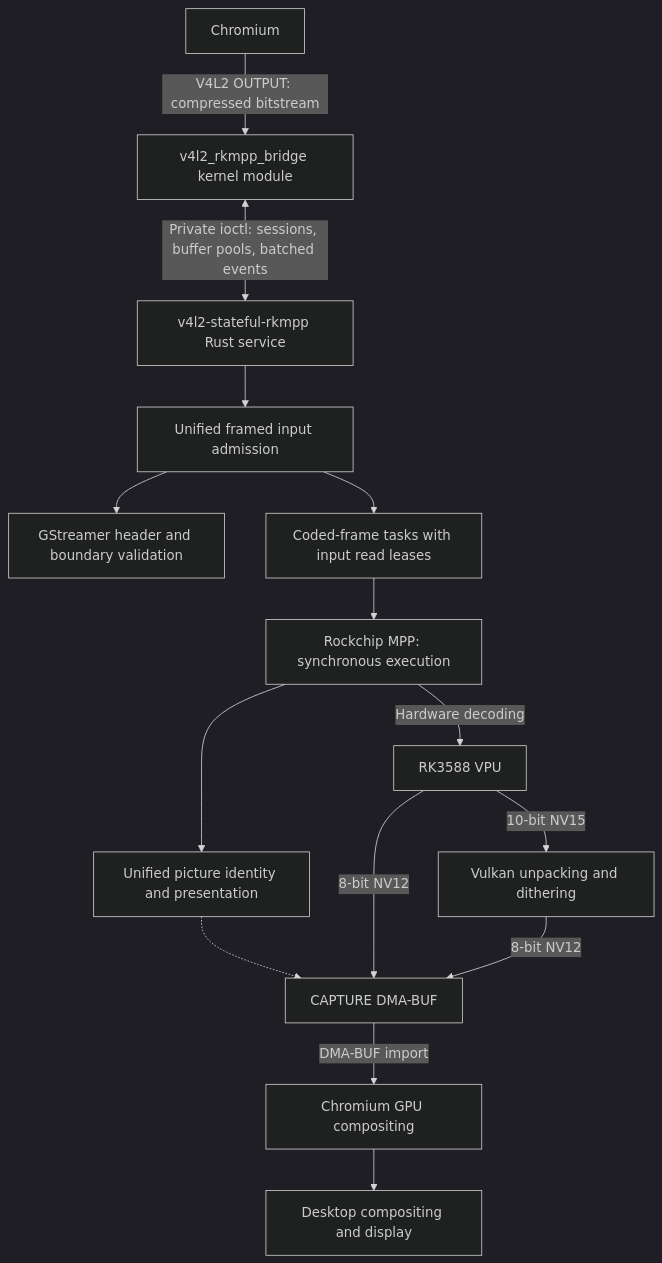
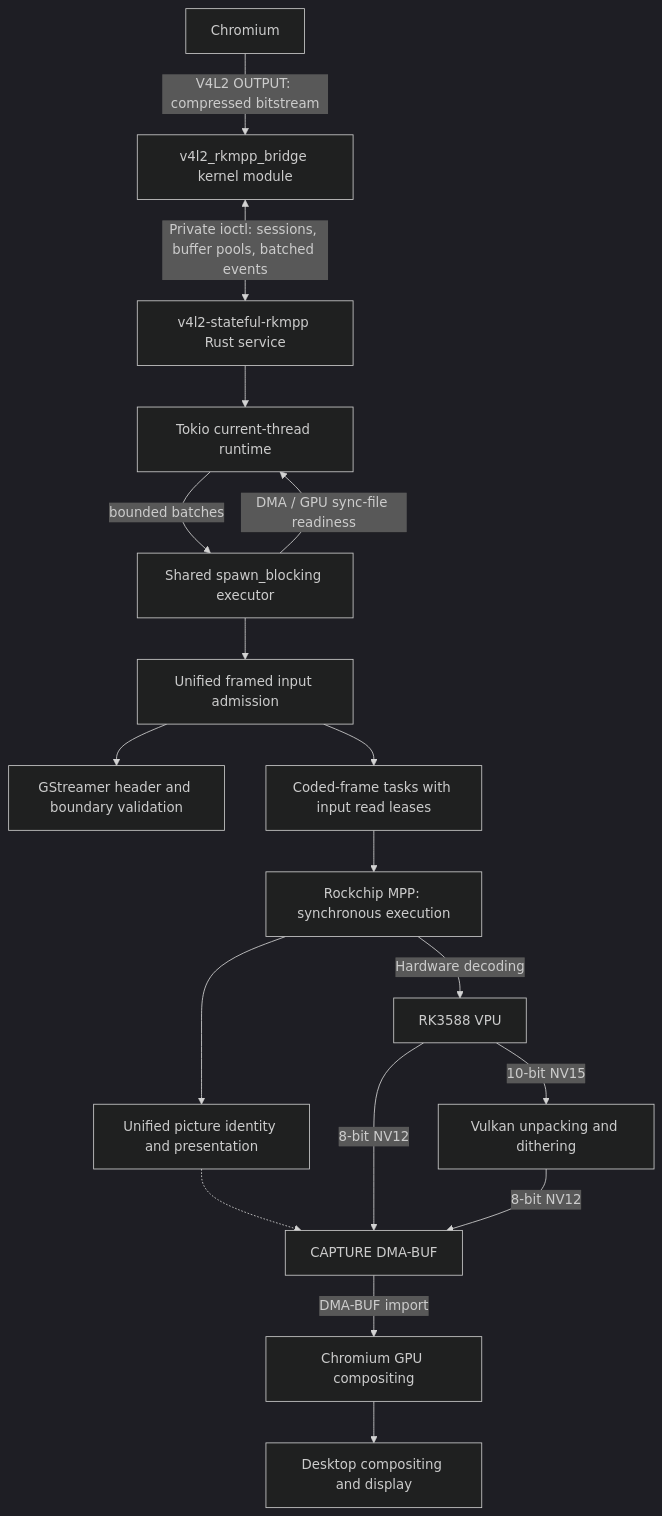
The diagram in README.en.md (abadcafe/v4l2-stateful-rkmpp), drawn with Mermaid (dark theme) before and after one commit. The commit also changed other lines of this file and 160 other files, not shown here.

````diff
--- a/README.en.md
+++ b/README.en.md
@@ -13,17 +13,20 @@
 ```mermaid
 flowchart TD
     Chromium[Chromium] -->|V4L2 OUTPUT: compressed bitstream| Kernel[v4l2_rkmpp_bridge kernel module]
     Kernel <-->|Private ioctl: sessions, buffer pools, batched events| Service[v4l2-stateful-rkmpp Rust service]
-    Service --> Frontend[Unified framed input admission]
+    Service --> Async[Tokio current-thread runtime]
+    Async -->|bounded batches| Hardware[Shared spawn_blocking executor]
+    Hardware -->|DMA / GPU sync-file readiness| Async
+    Hardware --> Frontend[Unified framed input admission]
     Frontend --> Headers[GStreamer header and boundary validation]
     Frontend --> Tasks[Coded-frame tasks with input read leases]
     Tasks --> MPP[Rockchip MPP: synchronous execution]
     MPP --> Presentation[Unified picture identity and presentation]
     MPP -->|Hardware decoding| VPU[RK3588 VPU]
     Presentation -.-> Capture
     VPU -->|8-bit NV12| Capture[CAPTURE DMA-BUF]
     VPU -->|10-bit NV15| Vulkan[Vulkan unpacking and dithering]
     Vulkan -->|8-bit NV12| Capture
     Capture -->|DMA-BUF import| GPU[Chromium GPU compositing]
     GPU --> Display[Desktop compositing and display]
 ```
````
